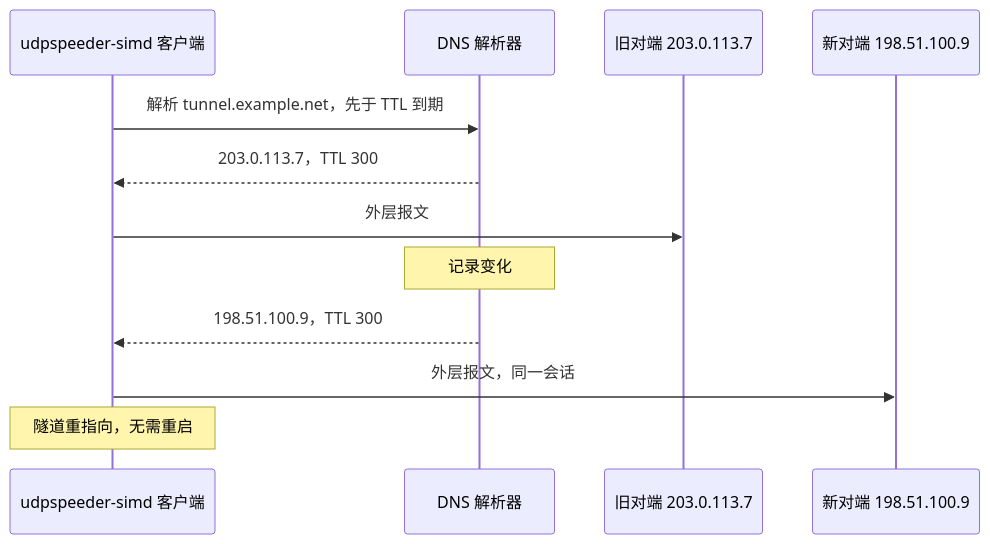
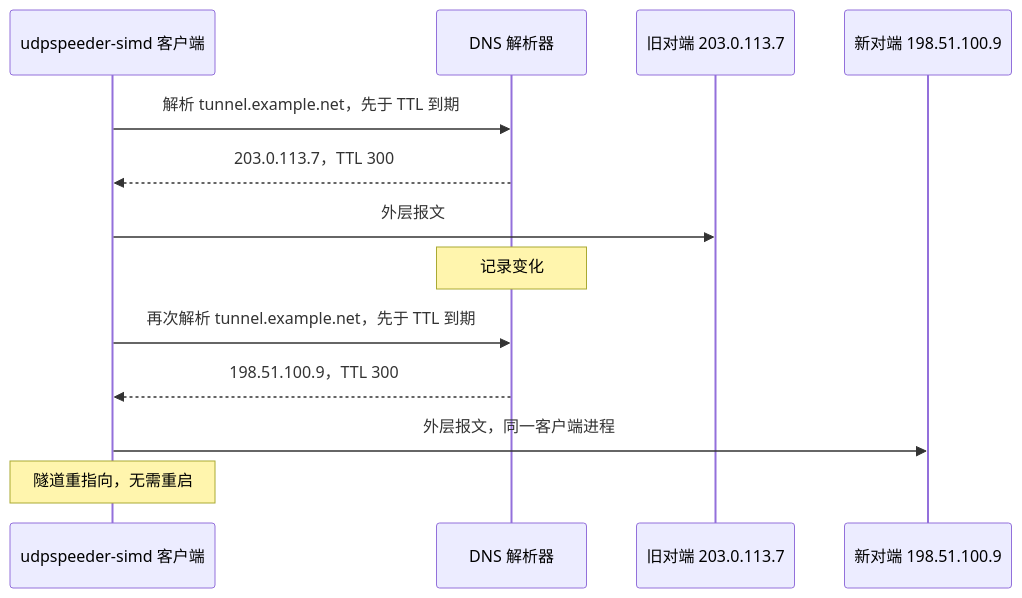
One commit to connollydavid/UDPspeeder-simd changed the third of 3 diagrams in doc/README.zh-cn.md. Above: the diagram before and after it, drawn with Mermaid. The commit also changed other lines of this file and 3 other files, not shown here.

````diff
--- a/doc/README.zh-cn.md
+++ b/doc/README.zh-cn.md
@@ -94,14 +135,15 @@
 ```mermaid
 sequenceDiagram
     participant C as udpspeeder-simd 客户端
     participant D as DNS 解析器
     participant O as 旧对端 203.0.113.7
     participant N as 新对端 198.51.100.9
     C->>D: 解析 tunnel.example.net，先于 TTL 到期
     D-->>C: 203.0.113.7，TTL 300
     C->>O: 外层报文
     Note over D: 记录变化
+    C->>D: 再次解析 tunnel.example.net，先于 TTL 到期
     D-->>C: 198.51.100.9，TTL 300
-    C->>N: 外层报文，同一会话
+    C->>N: 外层报文，同一客户端进程
     Note over C: 隧道重指向，无需重启
 ```
````
